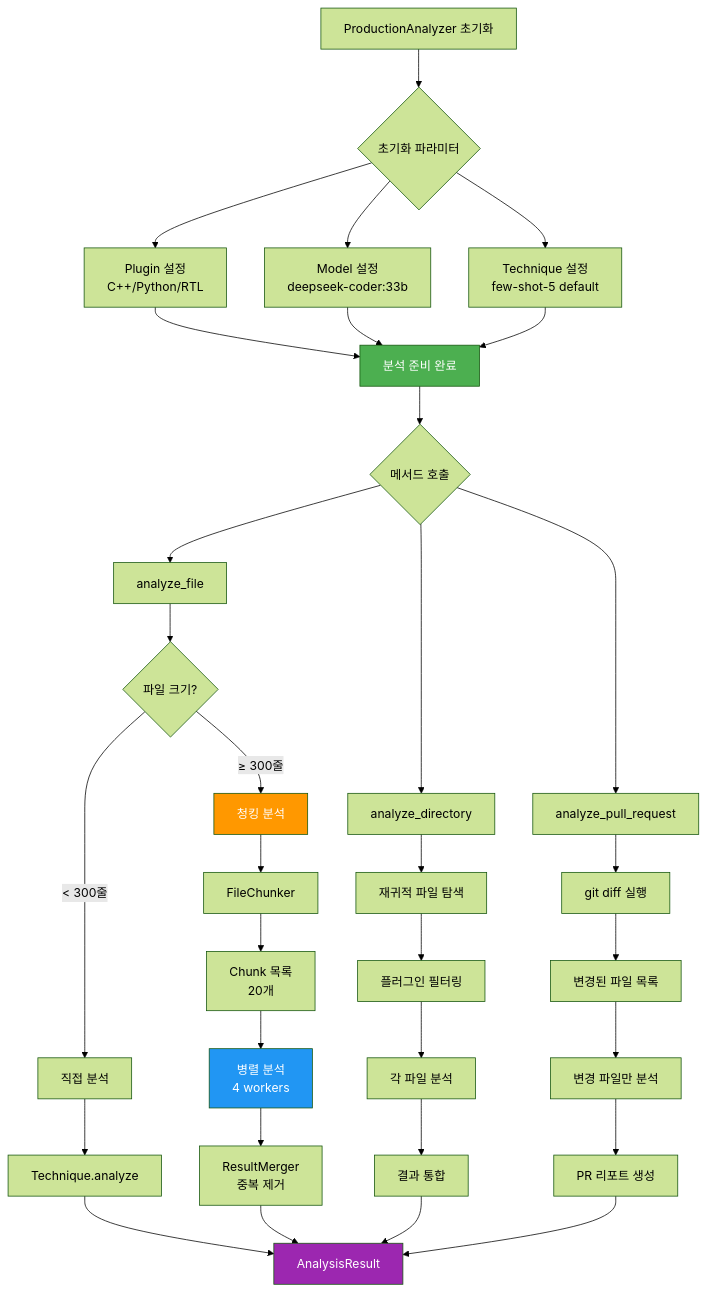
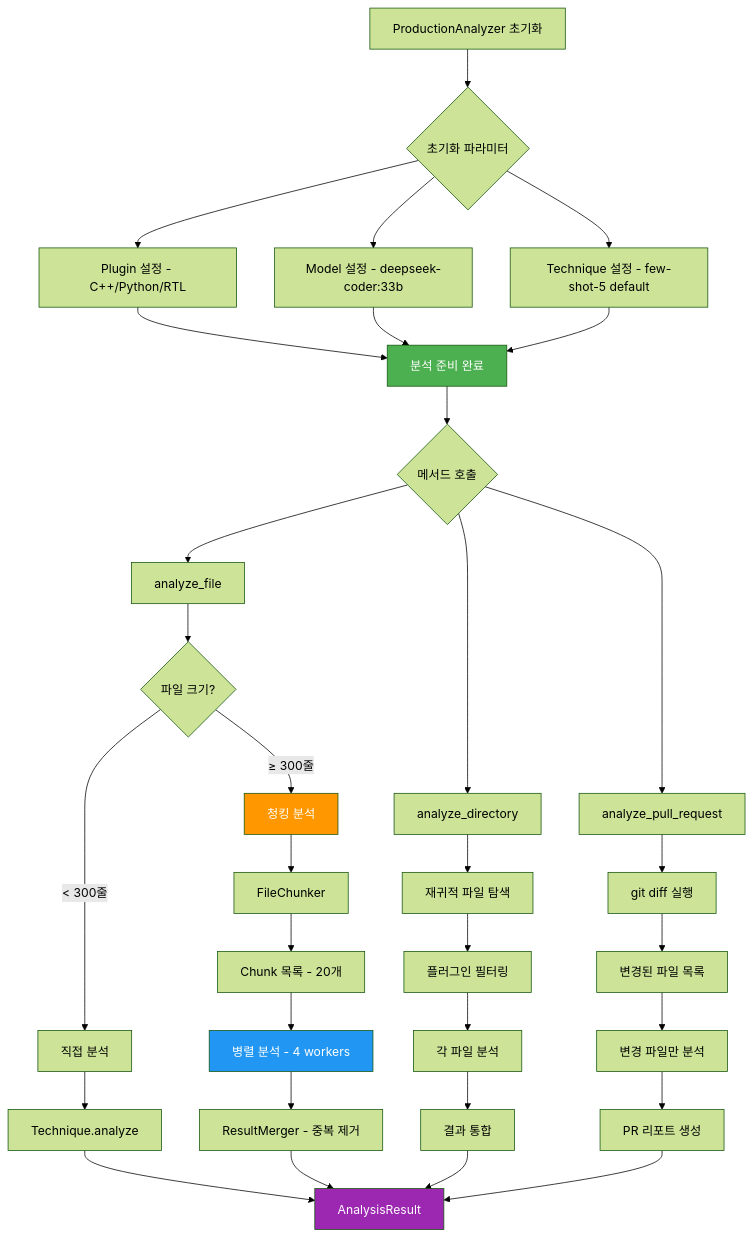
Before and after one commit to ApeachM/llm-code-reviewer: the tenth of 39 diagrams in PRESENTATION.md, drawn with Mermaid (forest theme). The commit also changed other lines of this file, not shown here.

First line of the commit message:
fix: Replace special characters in Mermaid node labels for compatibility

````diff
--- a/PRESENTATION.md
+++ b/PRESENTATION.md
@@ -394,49 +395,49 @@
 ```mermaid
 graph TD
     Start[ProductionAnalyzer 초기화] --> Init{초기화 파라미터}
 
-    Init --> InitPlugin[Plugin 설정<br/>C++/Python/RTL]
-    Init --> InitModel[Model 설정<br/>deepseek-coder:33b]
-    Init --> InitTech[Technique 설정<br/>few-shot-5 default]
+    Init --> InitPlugin[Plugin 설정 - C++/Python/RTL]
+    Init --> InitModel[Model 설정 - deepseek-coder:33b]
+    Init --> InitTech[Technique 설정 - few-shot-5 default]
 
     InitPlugin --> Ready[분석 준비 완료]
     InitModel --> Ready
     InitTech --> Ready
 
     Ready --> Method{메서드 호출}
 
     Method --> FileMethod[analyze_file]
     Method --> DirMethod[analyze_directory]
     Method --> PRMethod[analyze_pull_request]
 
     FileMethod --> FileFlow{파일 크기?}
     FileFlow -->|< 300줄| Direct[직접 분석]
     FileFlow -->|≥ 300줄| Chunked[청킹 분석]
 
     Direct --> TechAnalyze[Technique.analyze]
     Chunked --> ChunkerFlow[FileChunker]
 
-    ChunkerFlow --> ChunkList[Chunk 목록<br/>20개]
-    ChunkList --> ParallelAnalyze[병렬 분석<br/>4 workers]
-    ParallelAnalyze --> MergeResults[ResultMerger<br/>중복 제거]
+    ChunkerFlow --> ChunkList[Chunk 목록 - 20개]
+    ChunkList --> ParallelAnalyze[병렬 분석 - 4 workers]
+    ParallelAnalyze --> MergeResults[ResultMerger - 중복 제거]
 
     TechAnalyze --> FinalResult[AnalysisResult]
     MergeResults --> FinalResult
 
     DirMethod --> RecursiveFiles[재귀적 파일 탐색]
     RecursiveFiles --> FilterFiles[플러그인 필터링]
     FilterFiles --> MultipleFiles[각 파일 분석]
     MultipleFiles --> CombineResults[결과 통합]
     CombineResults --> FinalResult
 
     PRMethod --> GitDiff[git diff 실행]
     GitDiff --> ChangedFiles[변경된 파일 목록]
     ChangedFiles --> AnalyzeChanged[변경 파일만 분석]
     AnalyzeChanged --> PRReport[PR 리포트 생성]
     PRReport --> FinalResult
 
     style Ready fill:#4caf50,color:#fff
     style Chunked fill:#ff9800,color:#fff
     style ParallelAnalyze fill:#2196f3,color:#fff
     style FinalResult fill:#9c27b0,color:#fff
 ```
````
